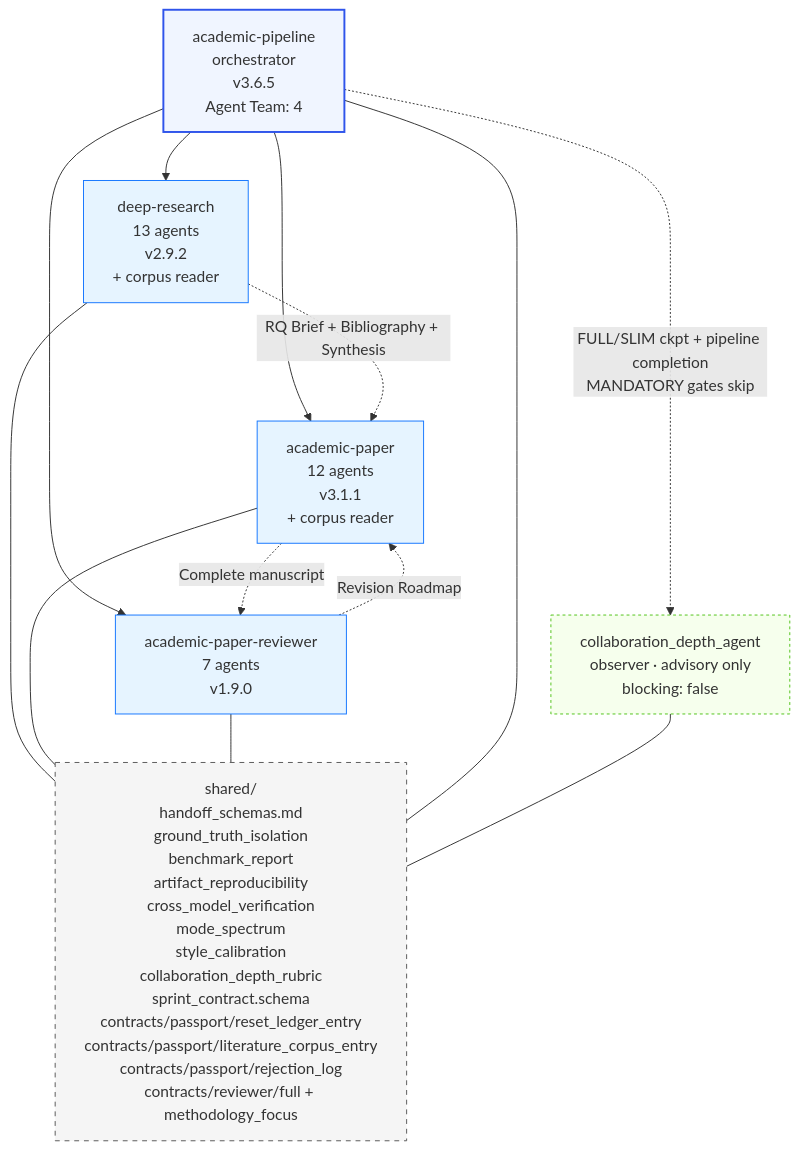
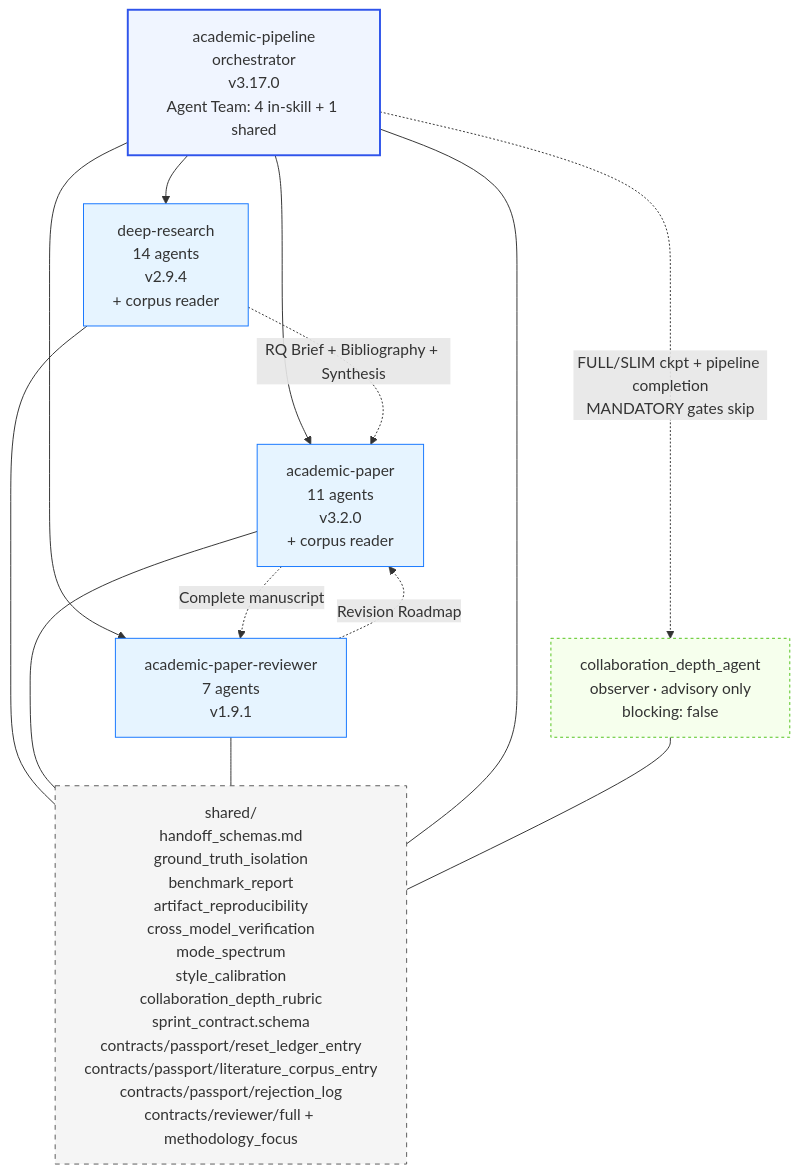
The fourth of 5 diagrams in docs/ARCHITECTURE.md (pouriamrt/academic-research-skills), drawn with Mermaid before and after one commit. The commit also changed other lines of this file and 10 other files, not shown here.

First line of the commit message:
fix(v3.17.0): 6-agent audit findings — orchestrator hardening + schema completion

````diff
--- a/docs/ARCHITECTURE.md
+++ b/docs/ARCHITECTURE.md
@@ -200,31 +200,31 @@
 ```mermaid
 graph TD
-    Pipeline[academic-pipeline<br/>orchestrator<br/>v3.6.5<br/>Agent Team: 4]
+    Pipeline[academic-pipeline<br/>orchestrator<br/>v3.17.0<br/>Agent Team: 4 in-skill + 1 shared]
     Observer[collaboration_depth_agent<br/>observer · advisory only<br/>blocking: false]
-    DR[deep-research<br/>13 agents<br/>v2.9.2<br/>+ corpus reader]
-    AP[academic-paper<br/>12 agents<br/>v3.1.1<br/>+ corpus reader]
-    APR[academic-paper-reviewer<br/>7 agents<br/>v1.9.0]
+    DR[deep-research<br/>14 agents<br/>v2.9.4<br/>+ corpus reader]
+    AP[academic-paper<br/>11 agents<br/>v3.2.0<br/>+ corpus reader]
+    APR[academic-paper-reviewer<br/>7 agents<br/>v1.9.1]
     Shared[shared/<br/>handoff_schemas.md<br/>ground_truth_isolation<br/>benchmark_report<br/>artifact_reproducibility<br/>cross_model_verification<br/>mode_spectrum<br/>style_calibration<br/>collaboration_depth_rubric<br/>sprint_contract.schema<br/>contracts/passport/reset_ledger_entry<br/>contracts/passport/literature_corpus_entry<br/>contracts/passport/rejection_log<br/>contracts/reviewer/full + methodology_focus]
 
     Pipeline --> DR
     Pipeline --> AP
     Pipeline --> APR
     Pipeline -. "FULL/SLIM ckpt + pipeline completion<br/>MANDATORY gates skip" .-> Observer
     DR -. "RQ Brief + Bibliography + Synthesis" .-> AP
     AP -. "Complete manuscript" .-> APR
     APR -. "Revision Roadmap" .-> AP
     DR --- Shared
     AP --- Shared
     APR --- Shared
     Pipeline --- Shared
     Observer --- Shared
 
     classDef orch fill:#f0f5ff,stroke:#2f54eb,stroke-width:2px
     classDef skill fill:#e6f4ff,stroke:#1677ff
     classDef shared fill:#f5f5f5,stroke:#595959,stroke-dasharray:5 5
     classDef observer fill:#f6ffed,stroke:#52c41a,stroke-dasharray:3 3
     class Pipeline orch
     class DR,AP,APR skill
     class Shared shared
     class Observer observer
 ```
````
